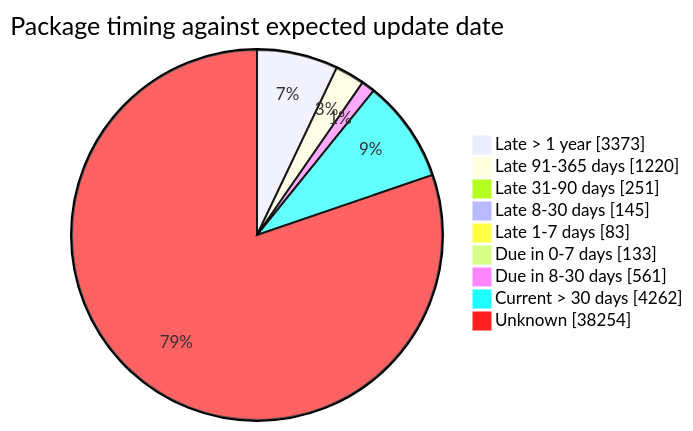
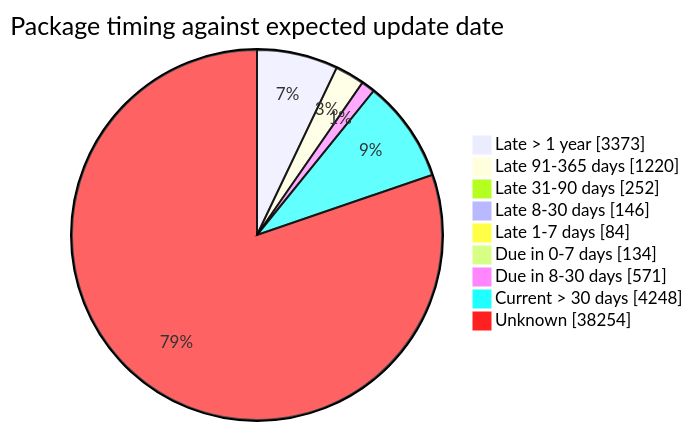
One commit to open-data/analytics-corporate-reporting changed the fourth of 5 diagrams in FreshCheck/README.md. Above: the diagram before and after it, drawn with Mermaid. The commit also changed other lines of this file and 3 other files, not shown here.

````diff
--- a/FreshCheck/README.md
+++ b/FreshCheck/README.md
@@ -86,12 +86,12 @@
 ```mermaid
 pie showData title Package timing against expected update date
     "Late > 1 year": 3373
     "Late 91-365 days": 1220
-    "Late 31-90 days": 251
-    "Late 8-30 days": 145
-    "Late 1-7 days": 83
-    "Due in 0-7 days": 133
-    "Due in 8-30 days": 561
-    "Current > 30 days": 4262
+    "Late 31-90 days": 252
+    "Late 8-30 days": 146
+    "Late 1-7 days": 84
+    "Due in 0-7 days": 134
+    "Due in 8-30 days": 571
+    "Current > 30 days": 4248
     "Unknown": 38254
 ```
````
